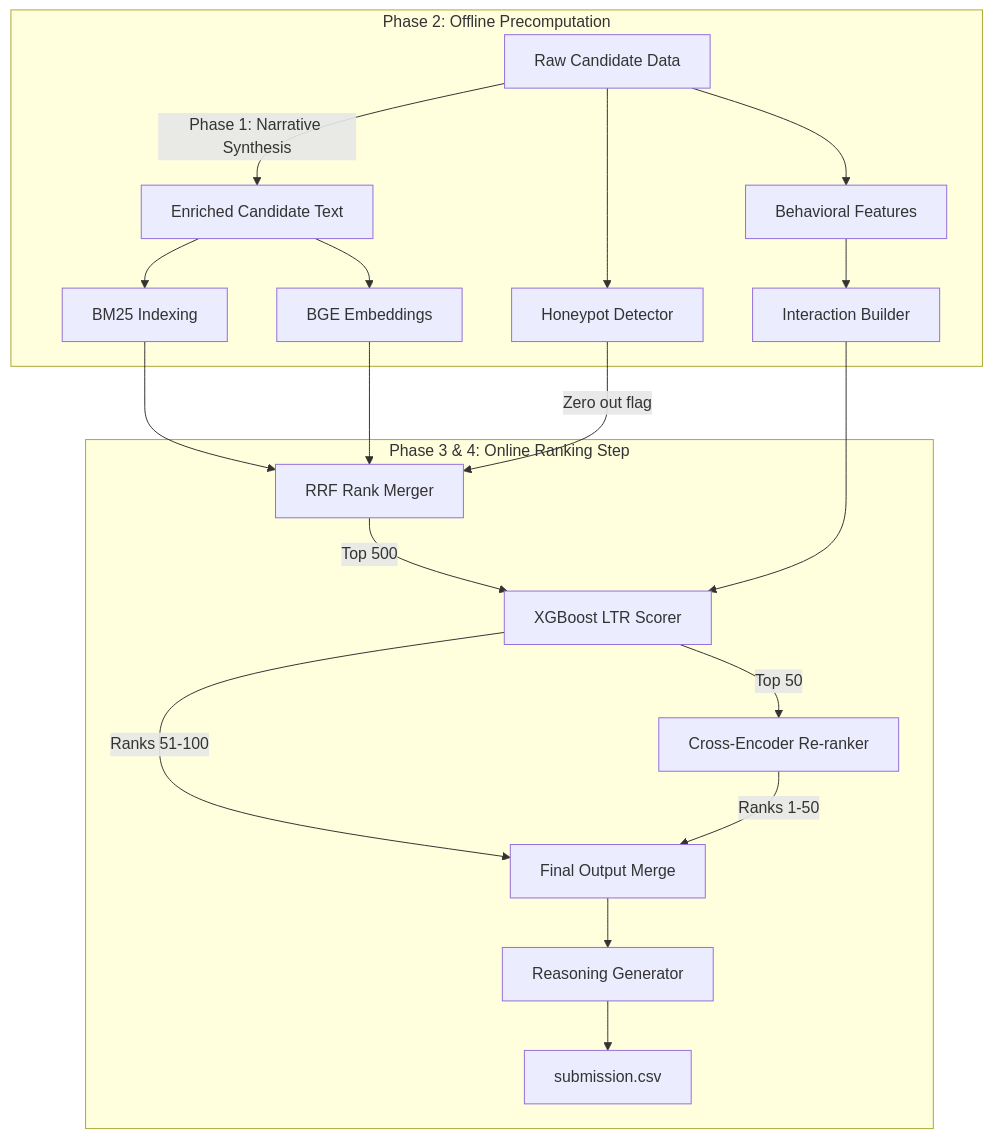
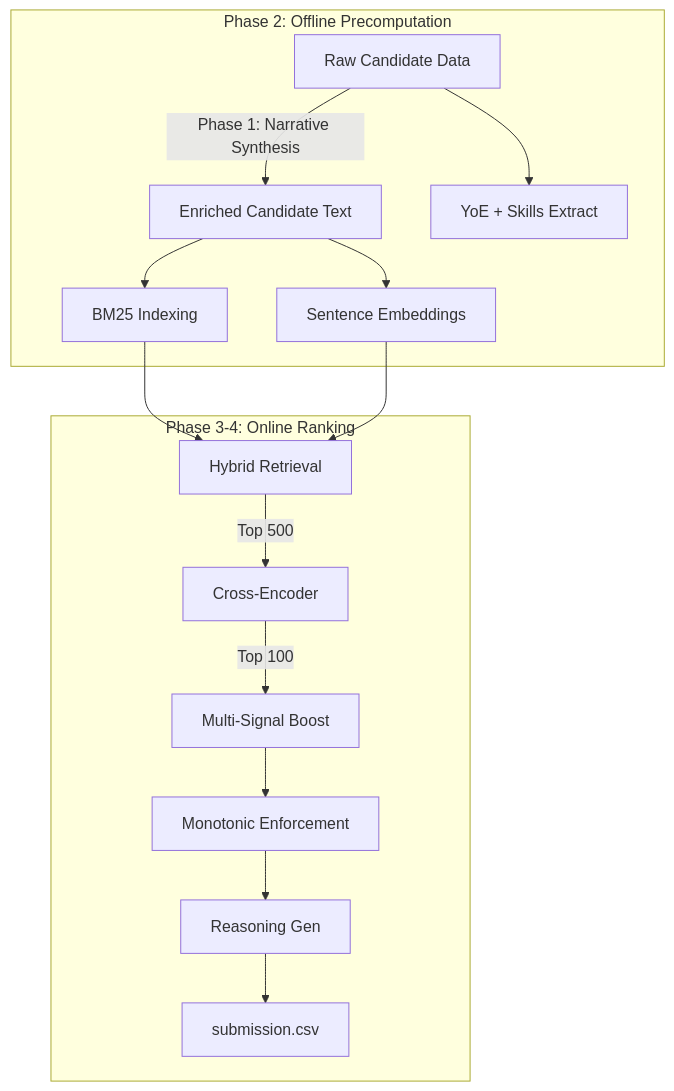
One commit to jwrhw7tueydwtt7575g/Redrob-ai-challenge changed the diagram in README.md. Above: the diagram before and after it, drawn with Mermaid. The commit also changed other lines of this file and 11 other files, not shown here.

````diff
--- a/README.md
+++ b/README.md
@@ -17,25 +217,20 @@
 ```mermaid
 graph TD
     A[Raw Candidate Data] -->|Phase 1: Narrative Synthesis| B[Enriched Candidate Text]
     
     subgraph Phase 2: Offline Precomputation
         B --> C[BM25 Indexing]
-        B --> D[BGE Embeddings]
-        A --> E[Behavioral Features]
-        E --> F[Interaction Builder]
-        A --> G[Honeypot Detector]
+        B --> D[Sentence Embeddings]
+        A --> E[YoE + Skills Extract]
     end
     
-    subgraph Phase 3 & 4: Online Ranking Step
-        C --> H[RRF Rank Merger]
-        D --> H
-        G -->|Zero out flag| H
-        H -->|Top 500| I[XGBoost LTR Scorer]
-        F --> I
-        I -->|Top 50| J[Cross-Encoder Re-ranker]
-        I -->|Ranks 51-100| K[Final Output Merge]
-        J -->|Ranks 1-50| K
-        K --> L[Reasoning Generator]
-        L --> M[submission.csv]
+    subgraph Phase 3-4: Online Ranking
+        C --> F[Hybrid Retrieval]
+        D --> F
+        F -->|Top 500| G[Cross-Encoder]
+        G -->|Top 100| H[Multi-Signal Boost]
+        H --> I[Monotonic Enforcement]
+        I --> J[Reasoning Gen]
+        J --> K[submission.csv]
     end
 ```
````
